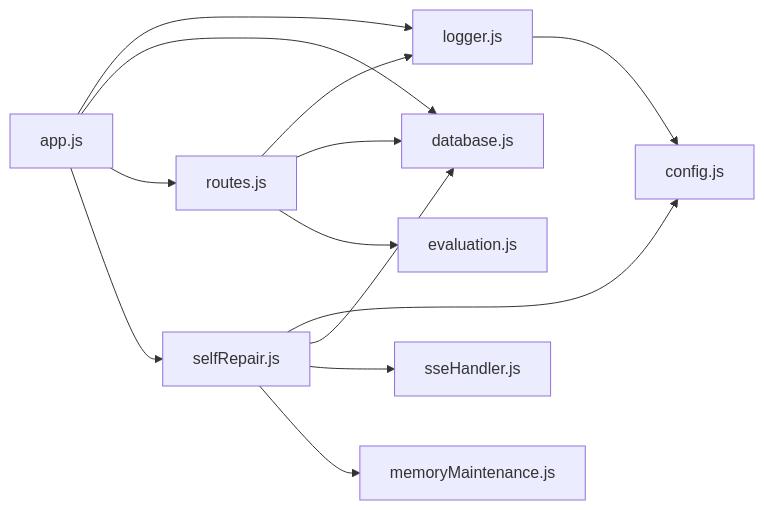
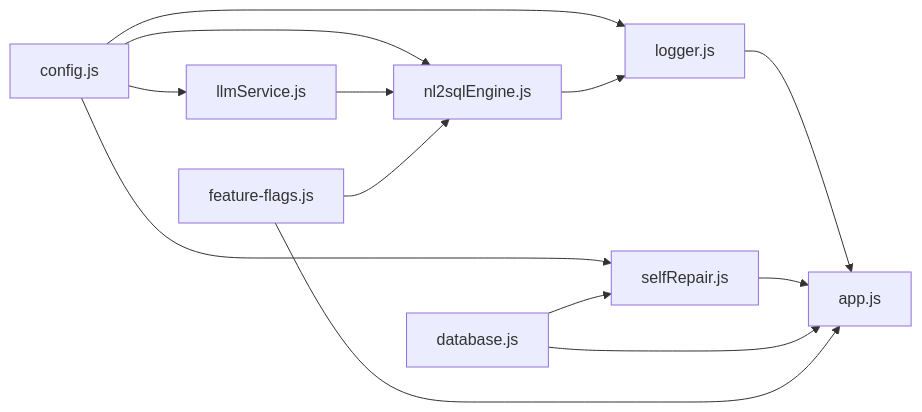
Before and after one commit to HanHuiOnLine/724-office: the fifth of 5 diagrams in NL2SQL/.qoder/repowiki/zh/content/部署与运维/监控与日志.md, drawn with Mermaid. The commit also changed other lines of this file and 207 other files, not shown here.

````diff
--- a/NL2SQL/.qoder/repowiki/zh/content/部署与运维/监控与日志.md
+++ b/NL2SQL/.qoder/repowiki/zh/content/部署与运维/监控与日志.md
@@ -300,15 +326,15 @@
 ```mermaid
 graph LR
-LOG["logger.js"] --> CFG["config.js"]
-ROUTES["routes.js"] --> LOG
-ROUTES --> DB["database.js"]
-ROUTES --> EVAL["evaluation.js"]
-SELF["selfRepair.js"] --> CFG
-SELF --> DB
-SELF --> SSE["sseHandler.js"]
-SELF --> LTM["memoryMaintenance.js"]
-APP["app.js"] --> LOG
-APP --> DB
-APP --> ROUTES
-APP --> SELF
+CFG["config.js"] --> LOG["logger.js"]
+CFG --> SELF["selfRepair.js"]
+CFG --> LLM["llmService.js"]
+CFG --> NLENG["nl2sqlEngine.js"]
+LOG --> APP["app.js"]
+SELF --> APP
+DB["database.js"] --> SELF
+DB --> APP
+LLM --> NLENG
+NLENG --> LOG
+FLAGS["feature-flags.js"] --> APP
+FLAGS --> NLENG
 ```
````
